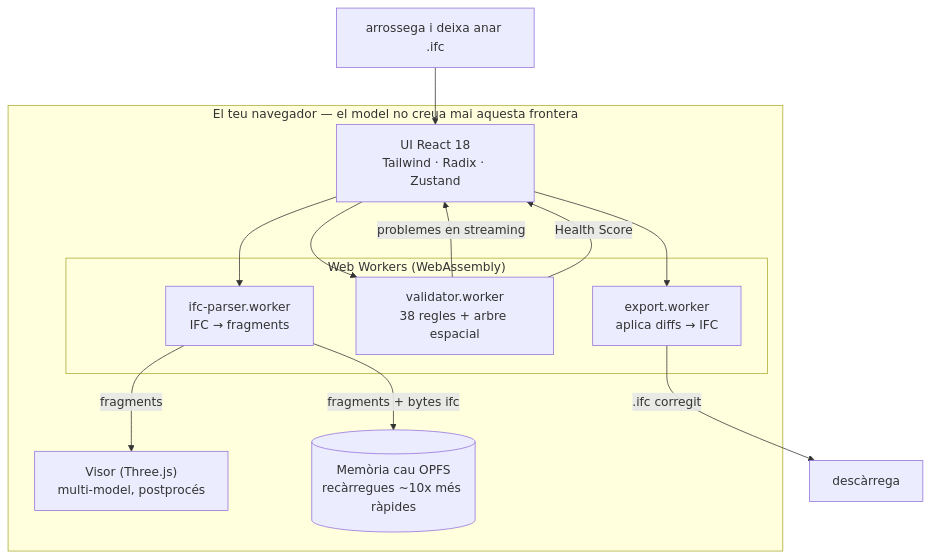
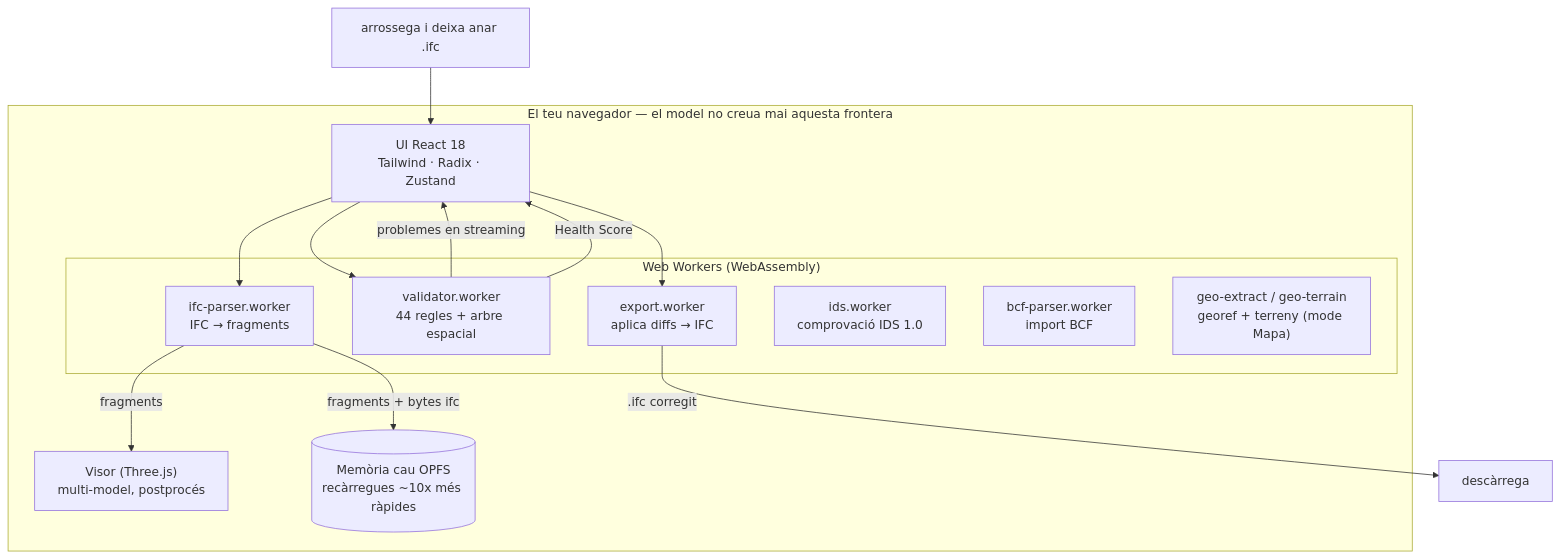
One commit to j03rul4nd/ifc-viewer-online changed the second of 2 diagrams in README.ca.md. Above: the diagram before and after it, drawn with Mermaid. The commit also changed other lines of this file and 24 other files, not shown here.

````diff
--- a/README.ca.md
+++ b/README.ca.md
@@ -147,24 +149,27 @@
 ```mermaid
 flowchart TD
     subgraph BROWSER["El teu navegador — el model no creua mai aquesta frontera"]
         UI["UI React 18<br/>Tailwind · Radix · Zustand"]
         VIEWER["Visor (Three.js)<br/>multi-model, postprocés"]
         CACHE[("Memòria cau OPFS<br/>recàrregues ~10x més ràpides")]
 
         subgraph WORKERS["Web Workers (WebAssembly)"]
             PARSE["ifc-parser.worker<br/>IFC → fragments"]
-            VALID["validator.worker<br/>38 regles + arbre espacial"]
+            VALID["validator.worker<br/>44 regles + arbre espacial"]
             EXPORT["export.worker<br/>aplica diffs → IFC"]
+            IDS["ids.worker<br/>comprovació IDS 1.0"]
+            BCF["bcf-parser.worker<br/>import BCF"]
+            GEO["geo-extract / geo-terrain<br/>georef + terreny (mode Mapa)"]
         end
     end
 
     FILE["arrossega i deixa anar .ifc"] --> UI
     UI --> PARSE
     PARSE -->|fragments| VIEWER
     PARSE -->|fragments + bytes ifc| CACHE
     UI --> VALID
     VALID -->|problemes en streaming| UI
     VALID -->|Health Score| UI
     UI --> EXPORT
     EXPORT -->|.ifc corregit| DL["descàrrega"]
 ```
````
